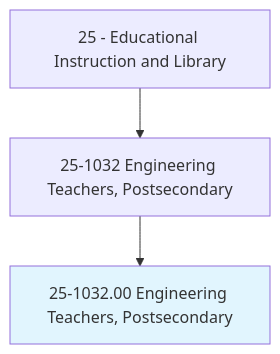
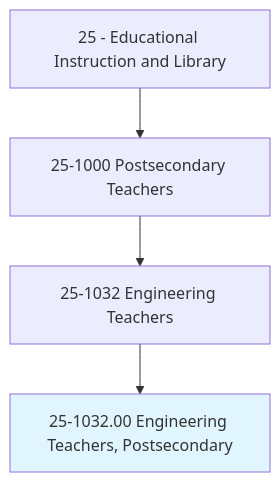
Before and after one commit to kziemski/business.org.ai: the first of 4 diagrams in occupations/Education/EngineeringTeachersPostsecondary.mdx, drawn with Mermaid. The commit also changed other lines of this file and 938 other files, not shown here.

````diff
--- a/occupations/Education/EngineeringTeachersPostsecondary.mdx
+++ b/occupations/Education/EngineeringTeachersPostsecondary.mdx
@@ -19,6 +23,7 @@
 ```mermaid
 graph TD
-    Cat25["25 - Educational Instruction and Library"] --> Group251032["25-1032 Engineering Teachers, Postsecondary"]
+    Cat25["25 - Educational Instruction and Library"] --> Group251["25-1000 Postsecondary Teachers"]
+    Group251 --> Group251032["25-1032 Engineering Teachers"]
     Group251032 --> Current["25-1032.00 Engineering Teachers, Postsecondary"]
     style Current fill:#e1f5fe
 ```
````
